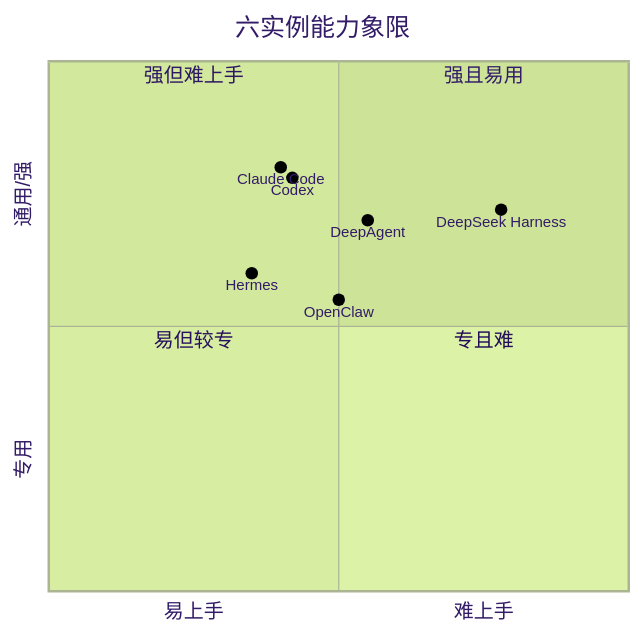
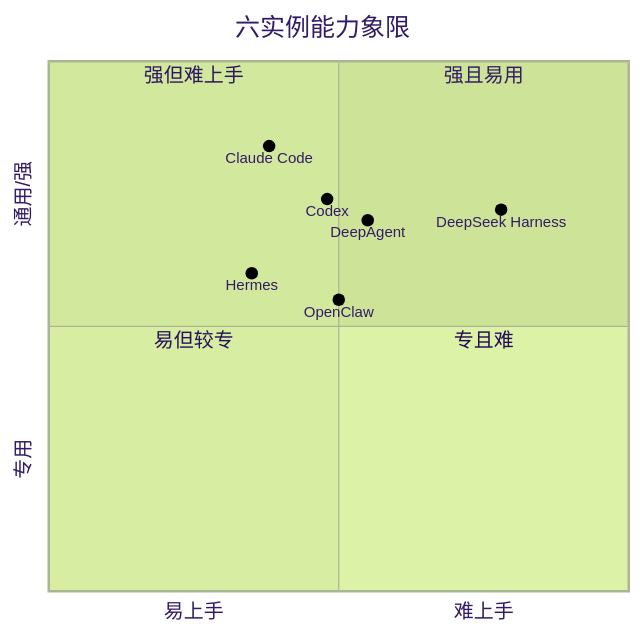
Before and after one commit to kjiu72063-sudo/agent-arch-docs: the diagram in practice/compare.md, drawn with Mermaid (forest theme).

Commit message:
fix: 象限图 Claude Code 与 Codex 两点重叠
全站流程图排查（agent-browser 真浏览器扫描 23 页 / 48 图 / 231 节点 / 300+ 边标签）：
- 节点：零溢出（上一条 4a1d0d8 的 foreignObject overflow 修复已全站生效，clippedFO=0）
- 边标签：约 50 处存在名义高度不足（如 28>24、双行 56>48），但因 overflow:visible
  全部正常显示；视觉抽查 build 两图、design 流水线图、graph 分支图，均无裁剪无重叠
- 非流程图：gantt 正常；quadrantChart 发现 Claude Code[0.4,0.8] 与 Codex[0.42,0.78]
  仅差 0.02 → 两点完全重叠、文字交错不可读

修复：在不改变判读语义前提下拉开——Claude Code [0.38,0.84]（生态更通用）、
Codex [0.48,0.74]（沙箱/审批配置门槛更高，上手更难）；与其余四点距离均充足。
真浏览器截图验证：两点明显分离、标签各自清晰可读。

构建：out14 65s exit 0，70 页；dist 已同步

````diff
--- a/practice/compare.md
+++ b/practice/compare.md
@@ -66,16 +66,16 @@
 ```mermaid
 quadrantChart
   title 六实例能力象限
   x-axis "易上手" --> "难上手"
   y-axis "专用" --> "通用/强"
   quadrant-1 "强且易用"
   quadrant-2 "强但难上手"
   quadrant-3 "易但较专"
   quadrant-4 "专且难"
   Hermes: [0.35, 0.6]
   DeepAgent: [0.55, 0.7]
   OpenClaw: [0.5, 0.55]
-  Claude Code: [0.4, 0.8]
-  Codex: [0.42, 0.78]
+  Claude Code: [0.38, 0.84]
+  Codex: [0.48, 0.74]
   DeepSeek Harness: [0.78, 0.72]
 ```
````
